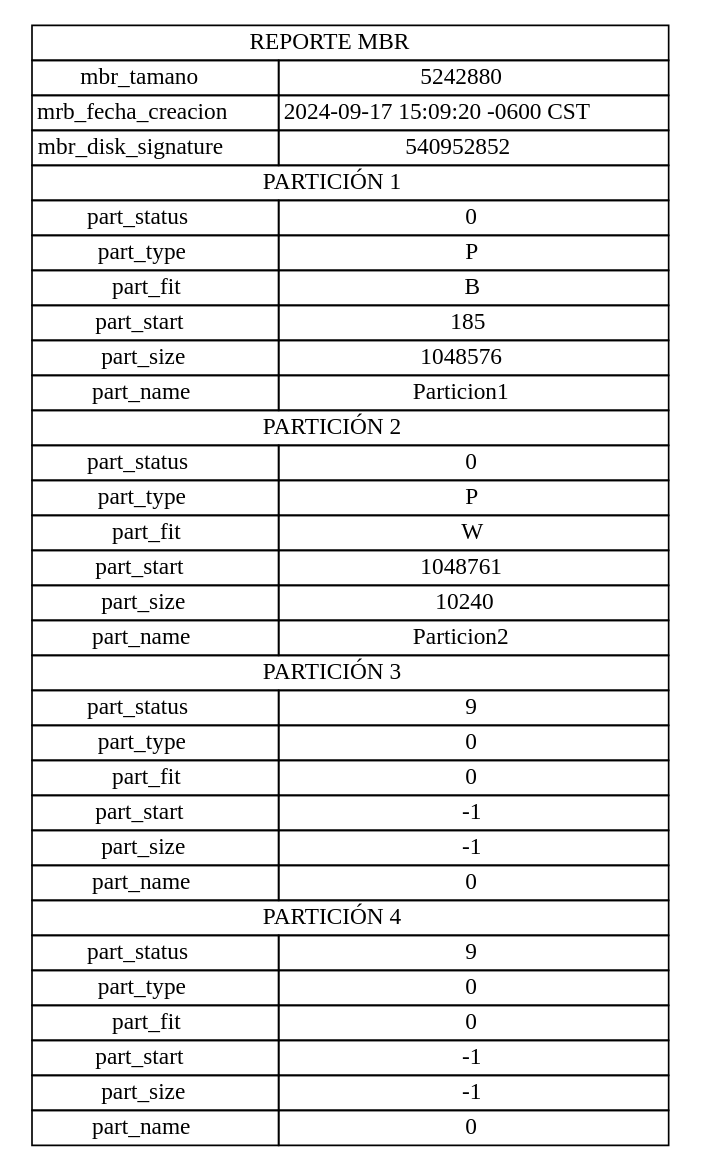
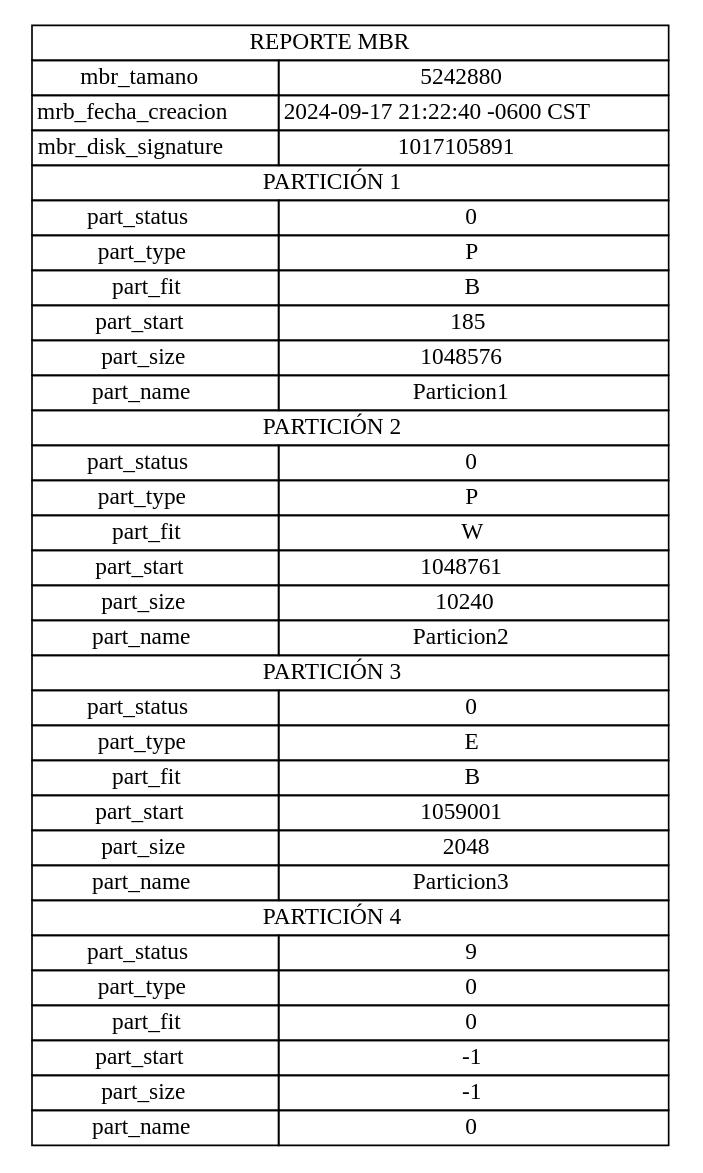
Before and after one commit to FJVicVel03/MIA_2S_P1_202111576: the diagram in PROYECTO/salidas/report_mbr.dot, drawn with Graphviz. The commit also changed 18 other files, not shown here.

```diff
--- a/PROYECTO/salidas/report_mbr.dot
+++ b/PROYECTO/salidas/report_mbr.dot
@@ -1,41 +1,41 @@
 digraph G {
         node [shape=plaintext]
         tabla [label=<
             <table border="0" cellborder="1" cellspacing="0">
                 <tr><td colspan="2"> REPORTE MBR </td></tr>
                 <tr><td>mbr_tamano</td><td>5242880</td></tr>
-                <tr><td>mrb_fecha_creacion</td><td>2024-09-17 15:09:20 -0600 CST</td></tr>
-                <tr><td>mbr_disk_signature</td><td>540952852</td></tr>
+                <tr><td>mrb_fecha_creacion</td><td>2024-09-17 21:22:40 -0600 CST</td></tr>
+                <tr><td>mbr_disk_signature</td><td>1017105891</td></tr>
             
 				<tr><td colspan="2"> PARTICIÓN 1 </td></tr>
 				<tr><td>part_status</td><td>0</td></tr>
 				<tr><td>part_type</td><td>P</td></tr>
 				<tr><td>part_fit</td><td>B</td></tr>
 				<tr><td>part_start</td><td>185</td></tr>
 				<tr><td>part_size</td><td>1048576</td></tr>
 				<tr><td>part_name</td><td>Particion1</td></tr>
 			
 				<tr><td colspan="2"> PARTICIÓN 2 </td></tr>
 				<tr><td>part_status</td><td>0</td></tr>
 				<tr><td>part_type</td><td>P</td></tr>
 				<tr><td>part_fit</td><td>W</td></tr>
 				<tr><td>part_start</td><td>1048761</td></tr>
 				<tr><td>part_size</td><td>10240</td></tr>
 				<tr><td>part_name</td><td>Particion2</td></tr>
 			
 				<tr><td colspan="2"> PARTICIÓN 3 </td></tr>
-				<tr><td>part_status</td><td>9</td></tr>
-				<tr><td>part_type</td><td>0</td></tr>
-				<tr><td>part_fit</td><td>0</td></tr>
-				<tr><td>part_start</td><td>-1</td></tr>
-				<tr><td>part_size</td><td>-1</td></tr>
-				<tr><td>part_name</td><td>0</td></tr>
+				<tr><td>part_status</td><td>0</td></tr>
+				<tr><td>part_type</td><td>E</td></tr>
+				<tr><td>part_fit</td><td>B</td></tr>
+				<tr><td>part_start</td><td>1059001</td></tr>
+				<tr><td>part_size</td><td>2048</td></tr>
+				<tr><td>part_name</td><td>Particion3</td></tr>
 			
 				<tr><td colspan="2"> PARTICIÓN 4 </td></tr>
 				<tr><td>part_status</td><td>9</td></tr>
 				<tr><td>part_type</td><td>0</td></tr>
 				<tr><td>part_fit</td><td>0</td></tr>
 				<tr><td>part_start</td><td>-1</td></tr>
 				<tr><td>part_size</td><td>-1</td></tr>
 				<tr><td>part_name</td><td>0</td></tr>
 			</table>>] }
```
